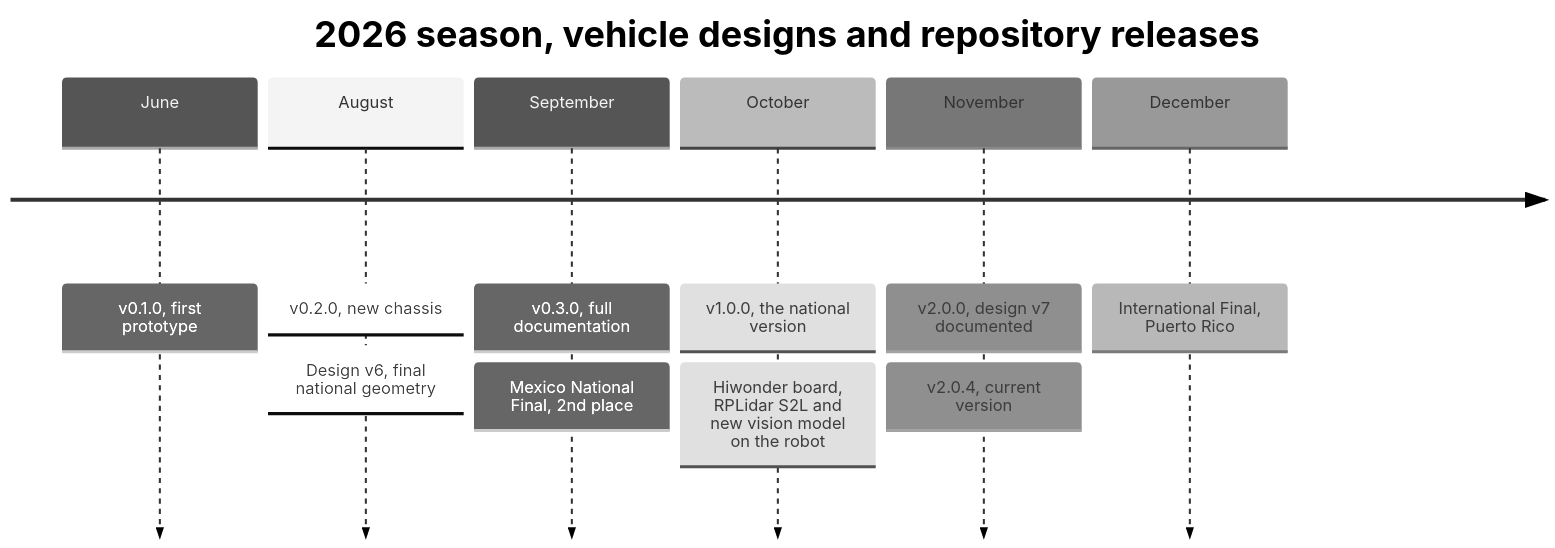
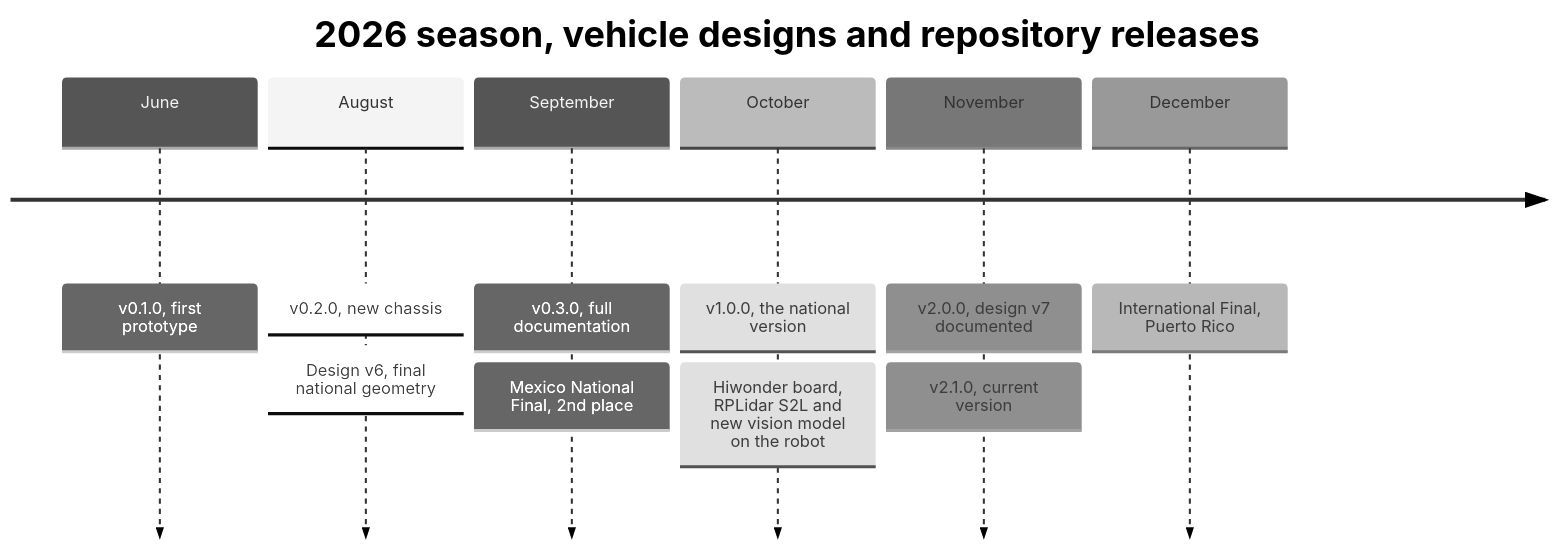
The seventh of 7 diagrams in README.md (alex309-duarte/WRO_Future_Engineers_Queretaro_CSS), drawn with Mermaid (neutral theme) before and after one commit. The commit also changed other lines of this file and 66 other files, not shown here.

````diff
--- a/README.md
+++ b/README.md
@@ -1783,10 +1847,10 @@
 ```mermaid
 timeline
     title 2026 season, vehicle designs and repository releases
     June : v0.1.0, first prototype
     August : v0.2.0, new chassis : Design v6, final national geometry
     September : v0.3.0, full documentation : Mexico National Final, 2nd place
     October : v1.0.0, the national version : Hiwonder board, RPLidar S2L and new vision model on the robot
-    November : v2.0.0, design v7 documented : v2.0.4, current version
+    November : v2.0.0, design v7 documented : v2.1.0, current version
     December : International Final, Puerto Rico
 ```
````
